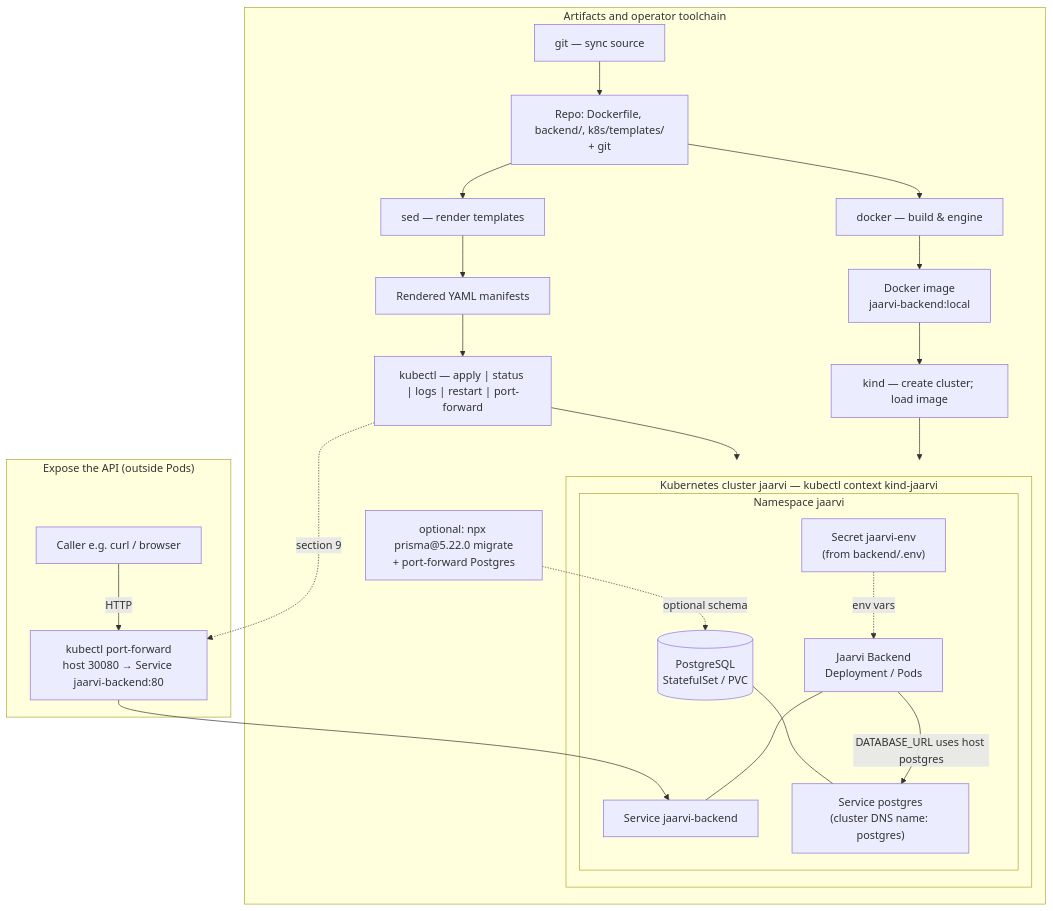
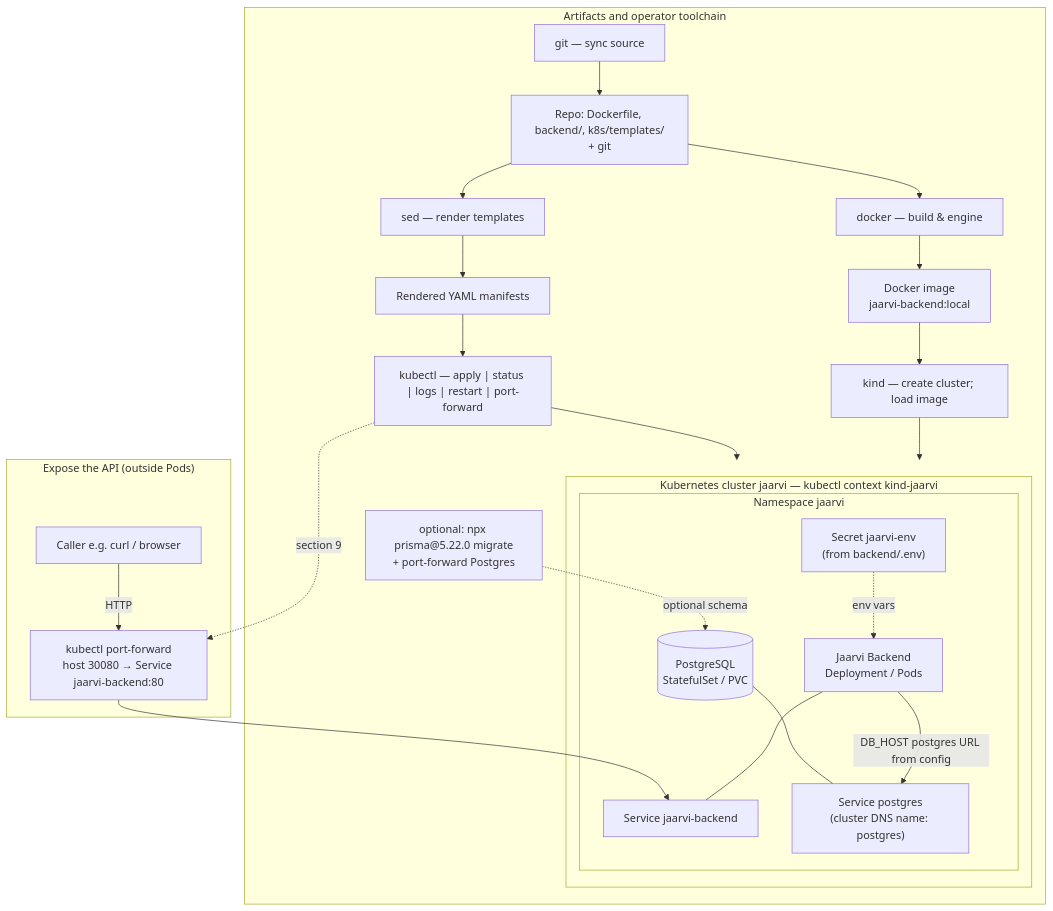
One commit to geovanniduarte/Jaarvi changed the diagram in docs/deploy-backend-manual-on-server.md. Above: the diagram before and after it, drawn with Mermaid. The commit also changed other lines of this file and 3 other files, not shown here.

````diff
--- a/docs/deploy-backend-manual-on-server.md
+++ b/docs/deploy-backend-manual-on-server.md
@@ -662,42 +675,42 @@
 ```mermaid
 flowchart TB
   subgraph cluster["Kubernetes cluster jaarvi — kubectl context kind-jaarvi"]
     subgraph ns["Namespace jaarvi"]
       SEC["Secret jaarvi-env\n(from backend/.env)"]
       DEP["Jaarvi Backend\nDeployment / Pods"]
       SVCB["Service jaarvi-backend"]
       PG[(PostgreSQL\nStatefulSet / PVC)]
       SVCP["Service postgres\n(cluster DNS name: postgres)"]
       SEC -.->|"env vars"| DEP
       DEP --- SVCB
-      DEP -->|"DATABASE_URL uses host postgres"| SVCP
+      DEP -->|"DB_HOST postgres URL from config"| SVCP
       PG --- SVCP
     end
   end
 
   subgraph reachApi["Expose the API (outside Pods)"]
     PF["kubectl port-forward\nhost 30080 → Service jaarvi-backend:80"]
     CALLER["Caller e.g. curl / browser"]
     CALLER -->|"HTTP"| PF --> SVCB
   end
 
   subgraph delivery["Artifacts and operator toolchain"]
     SRC["Repo: Dockerfile, backend/, k8s/templates/\n+ git"]
     IMG["Docker image\njaarvi-backend:local"]
     YAML["Rendered YAML manifests"]
     GIT["git — sync source"]
     SED["sed — render templates"]
     DOCKER["docker — build & engine"]
     KIND["kind — create cluster; load image"]
     KUBE["kubectl — apply | status | logs | restart | port-forward"]
     NPM["optional: npx prisma@5.22.0 migrate\n+ port-forward Postgres"]
 
     GIT --> SRC
     SRC --> DOCKER
     SRC --> SED --> YAML --> KUBE
     DOCKER --> IMG --> KIND --> cluster
     KUBE --> cluster
     KUBE -.->|"section 9"| PF
     NPM -.->|"optional schema"| PG
   end
 ```
````
